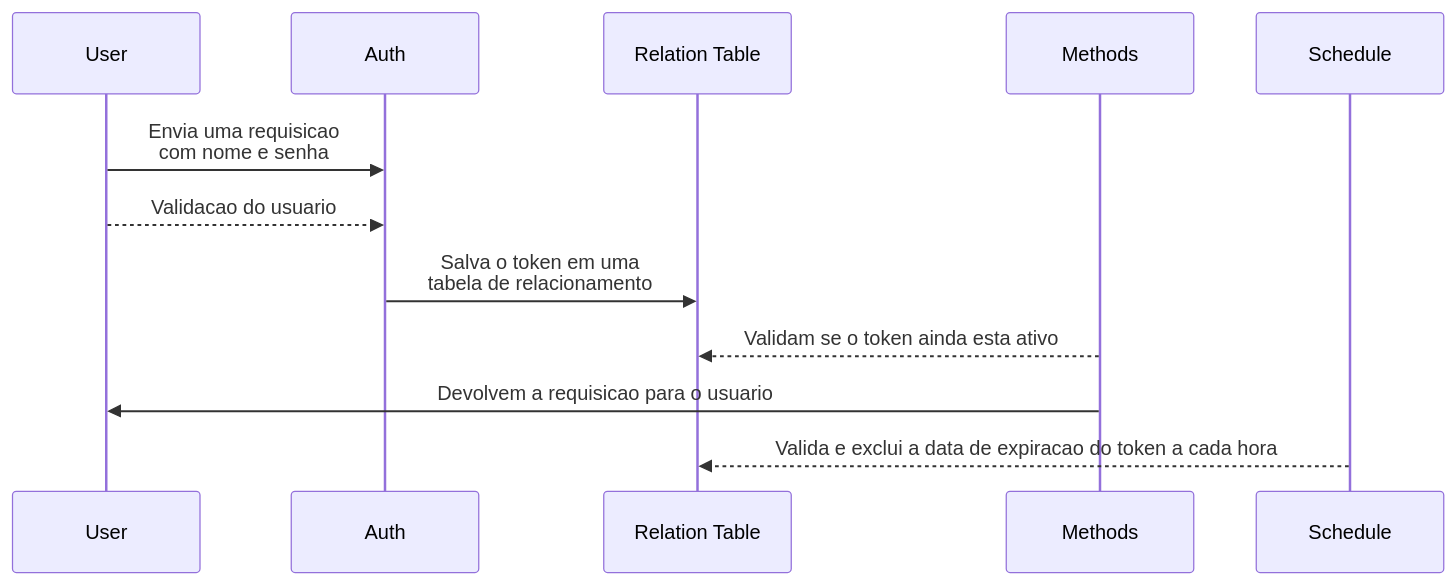
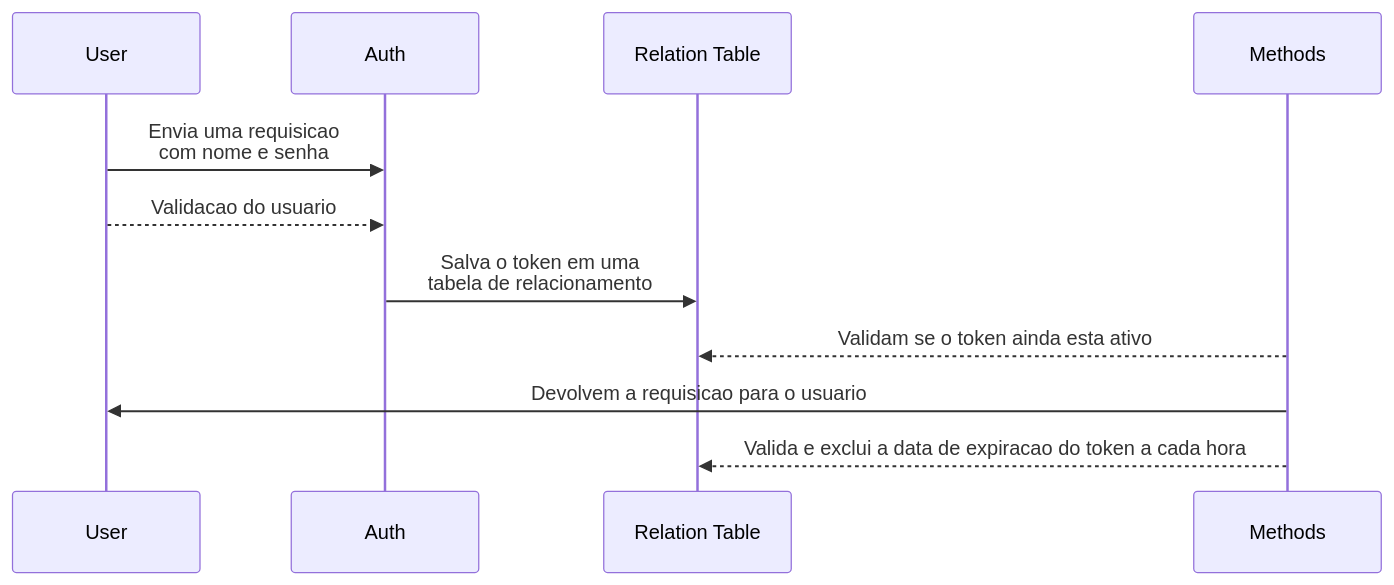
The diagram in README.md (OtavioMoreira/ProductSoftexpertAPI), drawn with Mermaid before and after one commit. The commit also changed other lines of this file and 12 other files, not shown here.

````diff
--- a/README.md
+++ b/README.md
@@ -117,9 +126,9 @@
 ```mermaid
 sequenceDiagram
 User ->> Auth: Envia uma requisicao <br> com nome e senha
 User -->> Auth: Validacao do usuario
 Auth ->> Relation Table: Salva o token em uma <br> tabela de relacionamento
 Methods -->> Relation Table: Validam se o token ainda esta ativo
 Methods ->> User: Devolvem a requisicao para o usuario
-Schedule -->> Relation Table: Valida e exclui a data de expiracao do token a cada hora
+Methods -->> Relation Table: Valida e exclui a data de expiracao do token a cada hora
 ```
````
